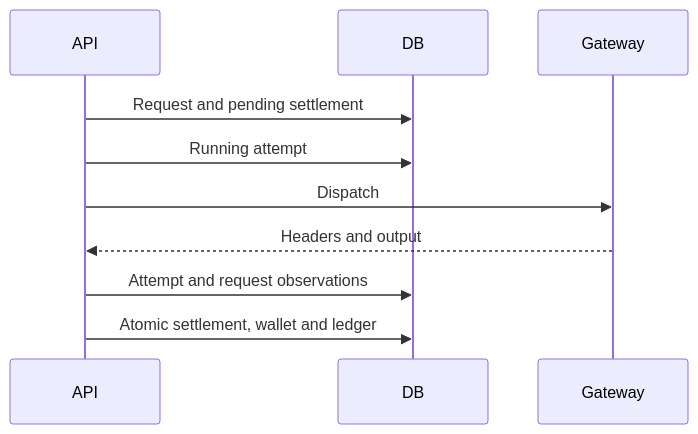
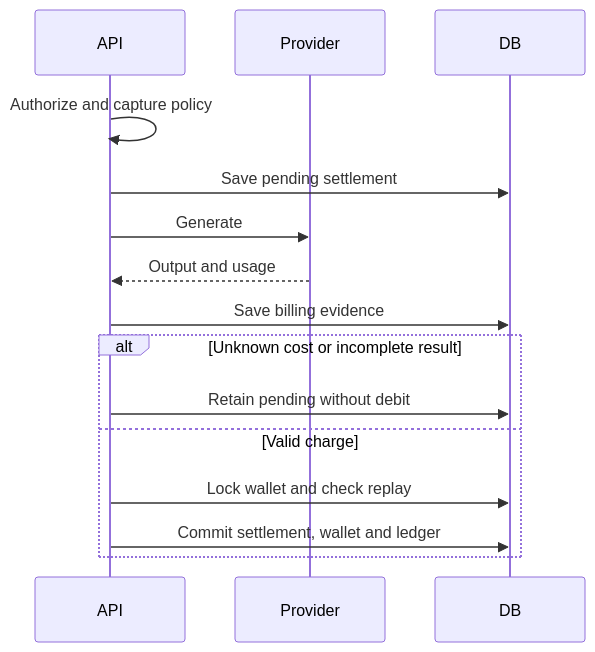
One commit to moeru-ai/airi changed the second of 2 diagrams in server/docs/ai/adr/2026-09-23-provider-cost-billing.md. Above: the diagram before and after it, drawn with Mermaid. The commit also changed other lines of this file and 25 other files, not shown here.

Commit message:
refactor(api): separate billing from request tracking

````diff
--- a/server/docs/ai/adr/2026-09-23-provider-cost-billing.md
+++ b/server/docs/ai/adr/2026-09-23-provider-cost-billing.md
@@ -58,12 +51,17 @@
 ```mermaid
 sequenceDiagram
   participant API
+  participant Provider
   participant DB
-  participant Gateway
-  API->>DB: Request and pending settlement
-  API->>DB: Running attempt
-  API->>Gateway: Dispatch
-  Gateway-->>API: Headers and output
-  API->>DB: Attempt and request observations
-  API->>DB: Atomic settlement, wallet and ledger
+  API->>API: Authorize and capture policy
+  API->>DB: Save pending settlement
+  API->>Provider: Generate
+  Provider-->>API: Output and usage
+  API->>DB: Save billing evidence
+  alt Unknown cost or incomplete result
+    API->>DB: Retain pending without debit
+  else Valid charge
+    API->>DB: Lock wallet and check replay
+    API->>DB: Commit settlement, wallet and ledger
+  end
 ```
````
